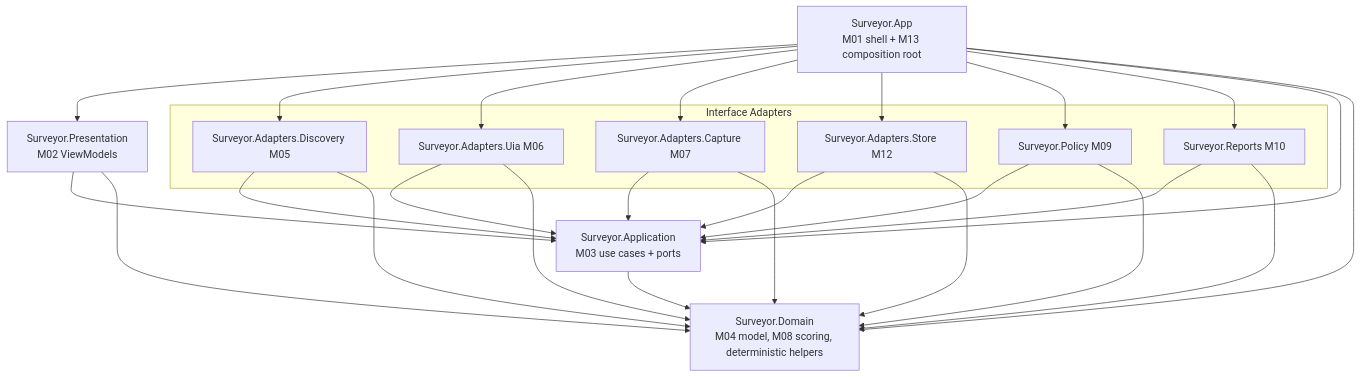
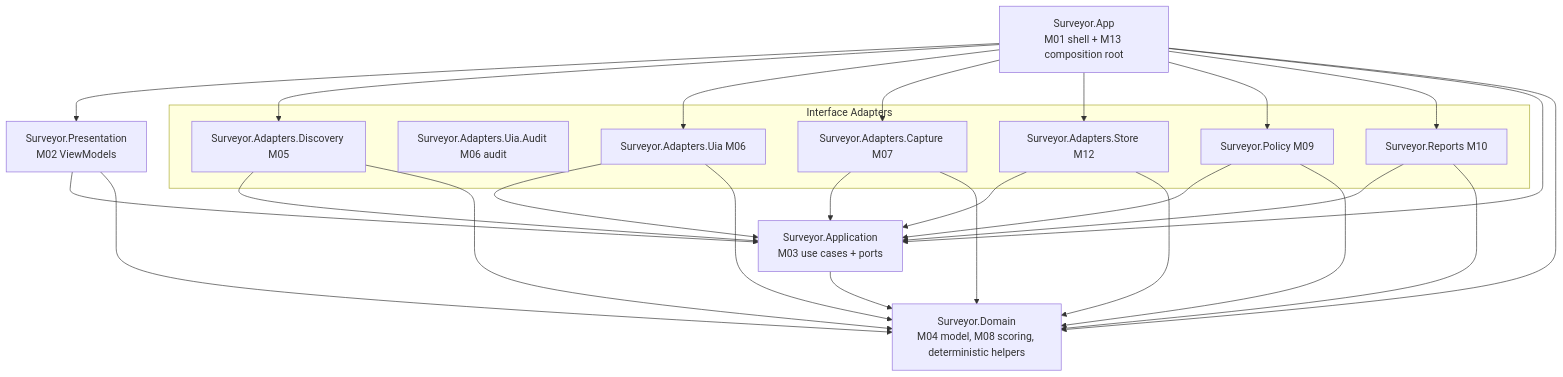
The first of 2 diagrams in knowledge/design/des-0008-project-structure-and-test-harness.md (urario/Surveyor), drawn with Mermaid before and after one commit. The commit also changed other lines of this file and 18 other files, not shown here.

First line of the commit message:
feat(uia): implement IMP-0007 read-only audit

````diff
--- a/knowledge/design/des-0008-project-structure-and-test-harness.md
+++ b/knowledge/design/des-0008-project-structure-and-test-harness.md
@@ -138,40 +140,41 @@
 ```mermaid
 flowchart TB
   App[Surveyor.App<br/>M01 shell + M13 composition root]
   Pres[Surveyor.Presentation<br/>M02 ViewModels]
   subgraph adapters[Interface Adapters]
     Disc[Surveyor.Adapters.Discovery M05]
+    UiaAudit[Surveyor.Adapters.Uia.Audit M06 audit]
     Uia[Surveyor.Adapters.Uia M06]
     Cap[Surveyor.Adapters.Capture M07]
     Store[Surveyor.Adapters.Store M12]
     Pol[Surveyor.Policy M09]
     Rep[Surveyor.Reports M10]
   end
   Appl[Surveyor.Application<br/>M03 use cases + ports]
   Dom[Surveyor.Domain<br/>M04 model, M08 scoring, deterministic helpers]
 
   App --> Pres
   App --> Disc
   App --> Uia
   App --> Cap
   App --> Store
   App --> Pol
   App --> Rep
   App --> Appl
   App --> Dom
   Pres --> Appl
   Pres --> Dom
   Disc --> Appl
   Uia --> Appl
   Cap --> Appl
   Store --> Appl
   Pol --> Appl
   Rep --> Appl
   Disc --> Dom
   Uia --> Dom
   Cap --> Dom
   Store --> Dom
   Pol --> Dom
   Rep --> Dom
   Appl --> Dom
 ```
````
